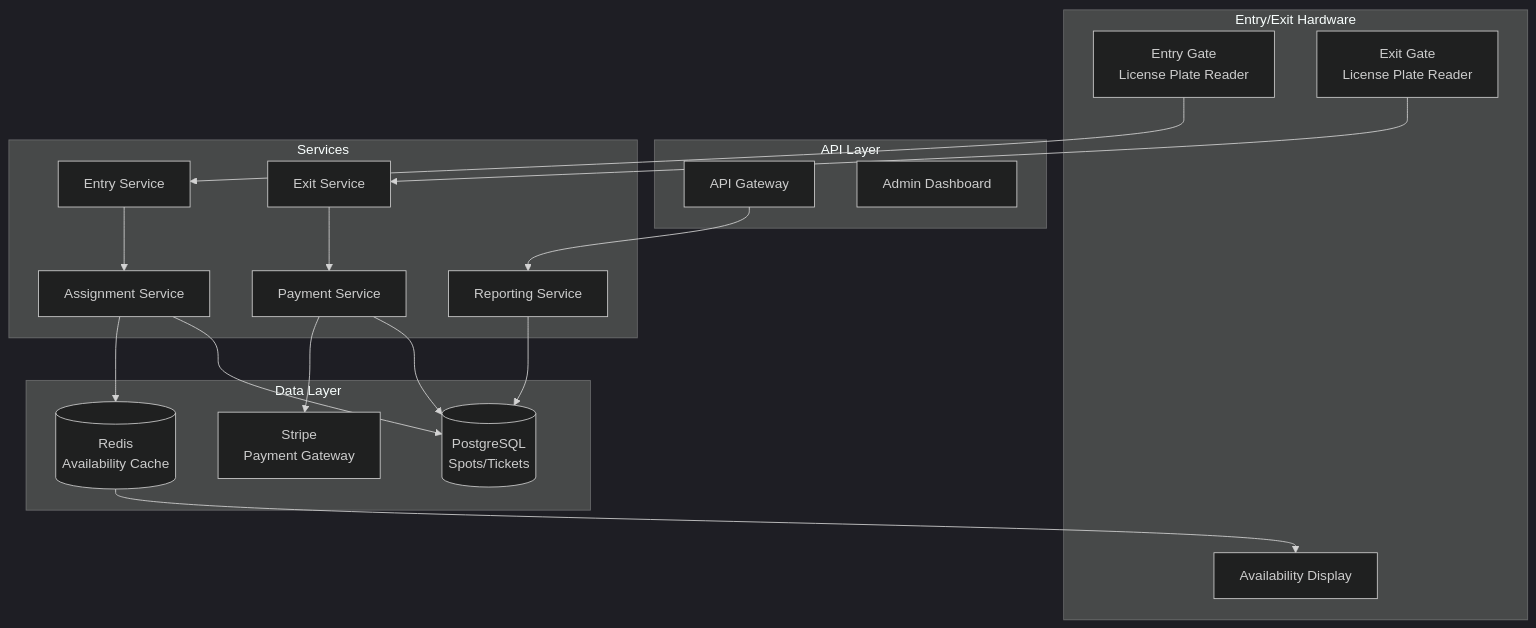
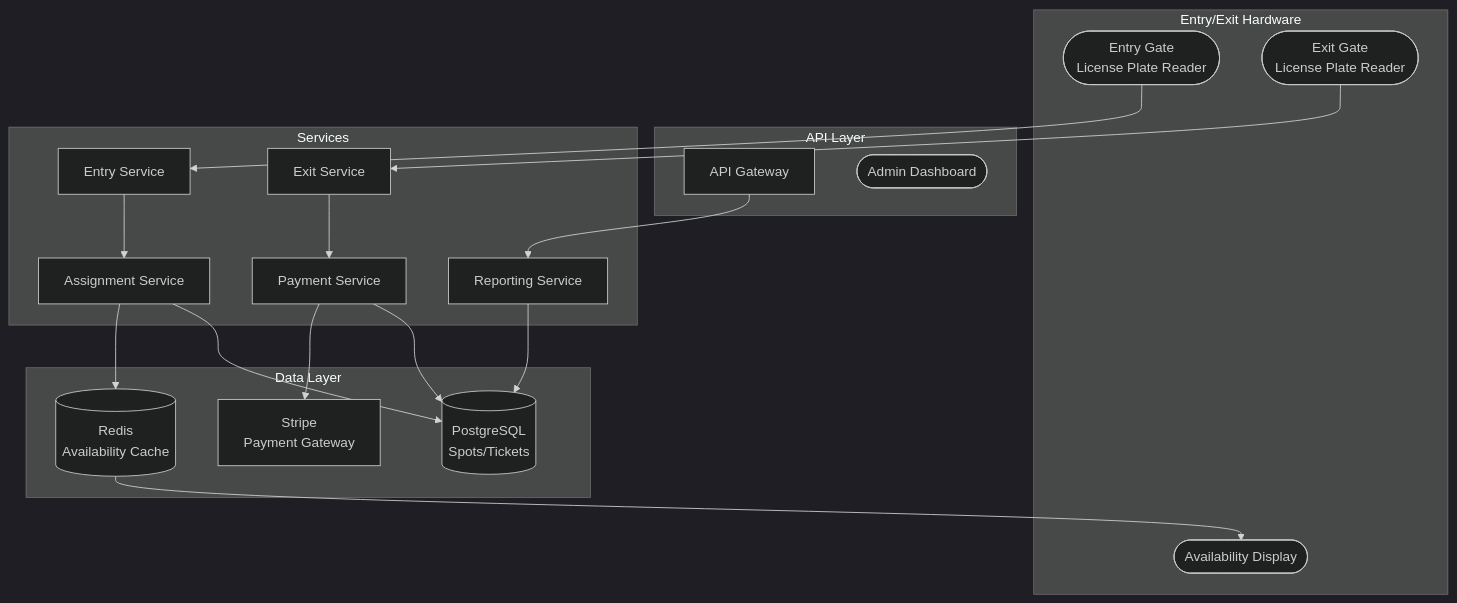
The diagram in docs/prep/System Design/06-Case-Studies/18-parking-lot.md (ShanmugaGanesh1999/Portfolio), drawn with Mermaid (dark theme) before and after one commit. The commit also changed 40 other files, not shown here.

First line of the commit message:
Refactor diagram node rendering to use reusable shape components

````diff
--- a/docs/prep/System Design/06-Case-Studies/18-parking-lot.md
+++ b/docs/prep/System Design/06-Case-Studies/18-parking-lot.md
@@ -50,39 +50,39 @@
 ```mermaid
 graph TD
     subgraph Entry/Exit Hardware
-        GATE_IN[Entry Gate<br/>License Plate Reader]
-        GATE_OUT[Exit Gate<br/>License Plate Reader]
-        DISPLAY[Availability Display]
+        GATE_IN([Entry Gate<br/>License Plate Reader])
+        GATE_OUT([Exit Gate<br/>License Plate Reader])
+        DISPLAY([Availability Display])
     end
     
     subgraph API Layer
         API[API Gateway]
-        ADMIN[Admin Dashboard]
+        ADMIN([Admin Dashboard])
     end
     
     subgraph Services
         ES[Entry Service]
         XS[Exit Service]
         AS[Assignment Service]
         PS[Payment Service]
         RS[Reporting Service]
     end
     
     subgraph Data Layer
         PG[(PostgreSQL<br/>Spots/Tickets)]
         REDIS[(Redis<br/>Availability Cache)]
         STRIPE[Stripe<br/>Payment Gateway]
     end
     
     GATE_IN --> ES
     GATE_OUT --> XS
     ES --> AS
     AS --> PG
     AS --> REDIS
     XS --> PS
     PS --> PG
     PS --> STRIPE
     REDIS --> DISPLAY
     API --> RS
     RS --> PG
 ```
````
